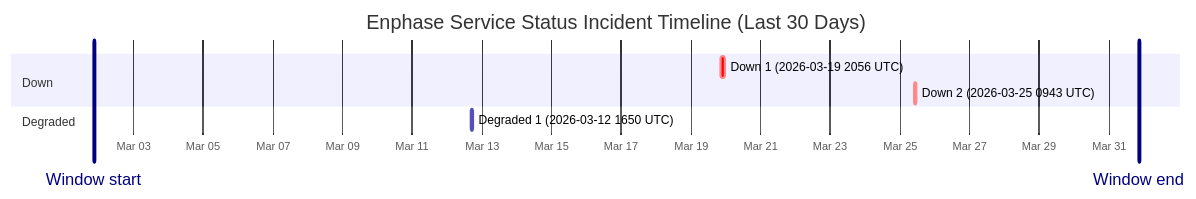
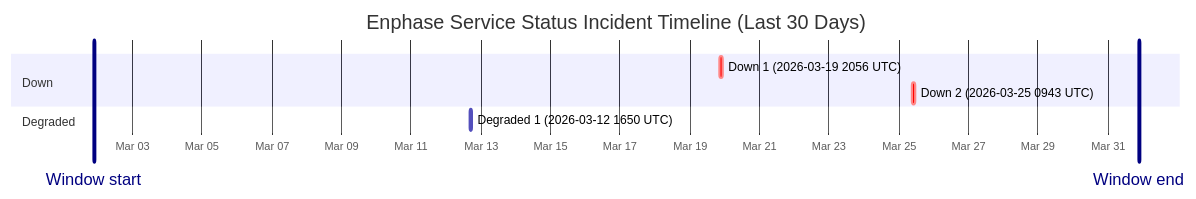
The diagram in wiki/Service-Status-History.md (barneyonline/ha-enphase-ev-charger), drawn with Mermaid before and after one commit. The commit also changed other lines of this file and 3 other files, not shown here.

````diff
--- a/wiki/Service-Status-History.md
+++ b/wiki/Service-Status-History.md
@@ -14,13 +14,13 @@
 ```mermaid
 gantt
     title Enphase Service Status Incident Timeline (Last 30 Days)
     dateFormat  YYYY-MM-DDTHH:mm:ss
     axisFormat  %b %d
-    Window start :vert, window-start, 2026-03-01T20:35:40, 0ms
-    Window end :vert, window-end, 2026-03-31T20:35:40, 0ms
+    Window start :vert, window-start, 2026-03-01T21:30:05, 0ms
+    Window end :vert, window-end, 2026-03-31T21:30:05, 0ms
     section Down
     Down 1 (2026-03-19 2056 UTC) :crit, down-1, 2026-03-19T20:56:20, 145m
     Down 2 (2026-03-25 0943 UTC) :crit, down-2, 2026-03-25T09:43:28, 111m
     section Degraded
     Degraded 1 (2026-03-12 1650 UTC) :active, degraded-1, 2026-03-12T16:50:43, 60m
 ```
````
